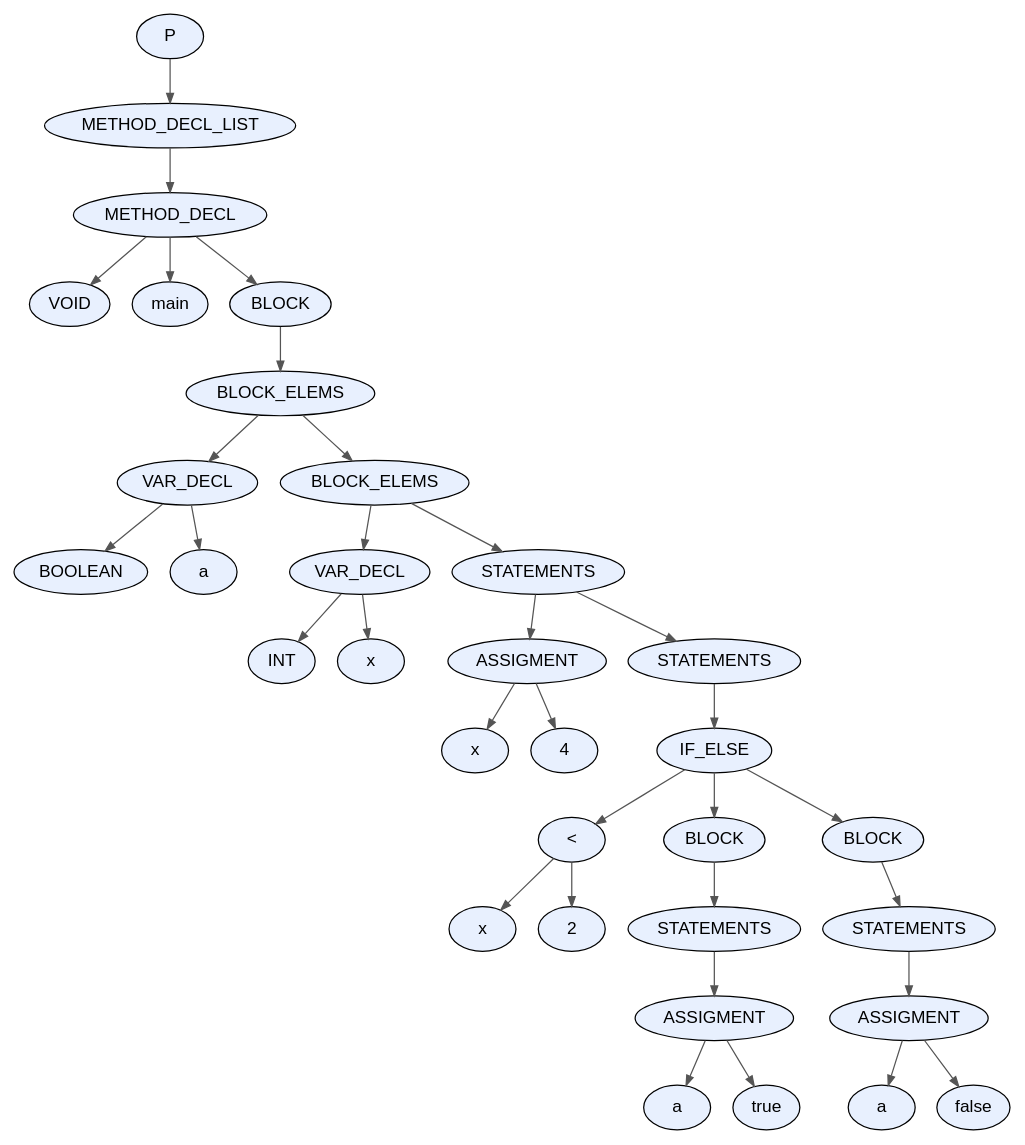
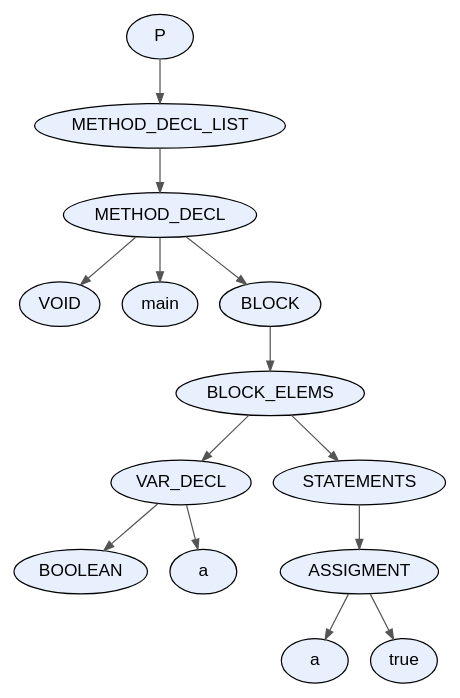
Before and after one commit to facundo-dario-loser/TDS2026: the diagram in proyecto/dot_files/test7.dot, drawn with Graphviz. The commit also changed 64 other files, not shown here.

```diff
--- a/proyecto/dot_files/test7.dot
+++ b/proyecto/dot_files/test7.dot
@@ -1,69 +1,31 @@
 digraph AST {
   node [fontname="Arial"];
   edge [arrowsize=0.8, color="#555555"];
-  "node_0x5952717984e0" [label="P", style=filled, fillcolor="#E8F0FE", shape=ellipse, style="rounded,filled"];
-  "node_0x5952717984e0" -> "node_0x595271798490";
-  "node_0x595271798490" [label="METHOD_DECL_LIST", style=filled, fillcolor="#E8F0FE", shape=ellipse, style="rounded,filled"];
-  "node_0x595271798490" -> "node_0x595271798440";
-  "node_0x595271798440" [label="METHOD_DECL", style=filled, fillcolor="#E8F0FE", shape=ellipse, style="rounded,filled"];
-  "node_0x595271798440" -> "node_0x595271798380";
-  "node_0x595271798380" [label="VOID", style=filled, fillcolor="#E8F0FE", shape=ellipse, style="rounded,filled"];
-  "node_0x595271798440" -> "node_0x5952717983d0";
-  "node_0x5952717983d0" [label="main", style=filled, fillcolor="#E8F0FE", shape=ellipse, style="rounded,filled"];
-  "node_0x595271798440" -> "node_0x595271798330";
-  "node_0x595271798330" [label="BLOCK", style=filled, fillcolor="#E8F0FE", shape=ellipse, style="rounded,filled"];
-  "node_0x595271798330" -> "node_0x5952717982e0";
-  "node_0x5952717982e0" [label="BLOCK_ELEMS", style=filled, fillcolor="#E8F0FE", shape=ellipse, style="rounded,filled"];
-  "node_0x5952717982e0" -> "node_0x595271797a20";
-  "node_0x595271797a20" [label="VAR_DECL", style=filled, fillcolor="#E8F0FE", shape=ellipse, style="rounded,filled"];
-  "node_0x595271797a20" -> "node_0x595271797940";
-  "node_0x595271797940" [label="BOOLEAN", style=filled, fillcolor="#E8F0FE", shape=ellipse, style="rounded,filled"];
-  "node_0x595271797a20" -> "node_0x5952717979b0";
-  "node_0x5952717979b0" [label="a", style=filled, fillcolor="#E8F0FE", shape=ellipse, style="rounded,filled"];
-  "node_0x5952717982e0" -> "node_0x595271798290";
-  "node_0x595271798290" [label="BLOCK_ELEMS", style=filled, fillcolor="#E8F0FE", shape=ellipse, style="rounded,filled"];
-  "node_0x595271798290" -> "node_0x595271797b50";
-  "node_0x595271797b50" [label="VAR_DECL", style=filled, fillcolor="#E8F0FE", shape=ellipse, style="rounded,filled"];
-  "node_0x595271797b50" -> "node_0x595271797a70";
-  "node_0x595271797a70" [label="INT", style=filled, fillcolor="#E8F0FE", shape=ellipse, style="rounded,filled"];
-  "node_0x595271797b50" -> "node_0x595271797ae0";
-  "node_0x595271797ae0" [label="x", style=filled, fillcolor="#E8F0FE", shape=ellipse, style="rounded,filled"];
-  "node_0x595271798290" -> "node_0x595271798240";
-  "node_0x595271798240" [label="STATEMENTS", style=filled, fillcolor="#E8F0FE", shape=ellipse, style="rounded,filled"];
-  "node_0x595271798240" -> "node_0x595271797c80";
-  "node_0x595271797c80" [label="ASSIGMENT", style=filled, fillcolor="#E8F0FE", shape=ellipse, style="rounded,filled"];
-  "node_0x595271797c80" -> "node_0x595271797c10";
-  "node_0x595271797c10" [label="x", style=filled, fillcolor="#E8F0FE", shape=ellipse, style="rounded,filled"];
-  "node_0x595271797c80" -> "node_0x595271797bc0";
-  "node_0x595271797bc0" [label="4", style=filled, fillcolor="#E8F0FE", shape=ellipse, style="rounded,filled"];
-  "node_0x595271798240" -> "node_0x5952717981f0";
-  "node_0x5952717981f0" [label="STATEMENTS", style=filled, fillcolor="#E8F0FE", shape=ellipse, style="rounded,filled"];
-  "node_0x5952717981f0" -> "node_0x5952717981a0";
-  "node_0x5952717981a0" [label="IF_ELSE", style=filled, fillcolor="#E8F0FE", shape=ellipse, style="rounded,filled"];
-  "node_0x5952717981a0" -> "node_0x595271797db0";
-  "node_0x595271797db0" [label="<", style=filled, fillcolor="#E8F0FE", shape=ellipse, style="rounded,filled"];
-  "node_0x595271797db0" -> "node_0x595271797cf0";
-  "node_0x595271797cf0" [label="x", style=filled, fillcolor="#E8F0FE", shape=ellipse, style="rounded,filled"];
-  "node_0x595271797db0" -> "node_0x595271797d60";
-  "node_0x595271797d60" [label="2", style=filled, fillcolor="#E8F0FE", shape=ellipse, style="rounded,filled"];
-  "node_0x5952717981a0" -> "node_0x595271797f80";
-  "node_0x595271797f80" [label="BLOCK", style=filled, fillcolor="#E8F0FE", shape=ellipse, style="rounded,filled"];
-  "node_0x595271797f80" -> "node_0x595271797f30";
-  "node_0x595271797f30" [label="STATEMENTS", style=filled, fillcolor="#E8F0FE", shape=ellipse, style="rounded,filled"];
-  "node_0x595271797f30" -> "node_0x595271797ee0";
-  "node_0x595271797ee0" [label="ASSIGMENT", style=filled, fillcolor="#E8F0FE", shape=ellipse, style="rounded,filled"];
-  "node_0x595271797ee0" -> "node_0x595271797e70";
-  "node_0x595271797e70" [label="a", style=filled, fillcolor="#E8F0FE", shape=ellipse, style="rounded,filled"];
-  "node_0x595271797ee0" -> "node_0x595271797e20";
-  "node_0x595271797e20" [label="true", style=filled, fillcolor="#E8F0FE", shape=ellipse, style="rounded,filled"];
-  "node_0x5952717981a0" -> "node_0x595271798150";
-  "node_0x595271798150" [label="BLOCK", style=filled, fillcolor="#E8F0FE", shape=ellipse, style="rounded,filled"];
-  "node_0x595271798150" -> "node_0x595271798100";
-  "node_0x595271798100" [label="STATEMENTS", style=filled, fillcolor="#E8F0FE", shape=ellipse, style="rounded,filled"];
-  "node_0x595271798100" -> "node_0x5952717980b0";
-  "node_0x5952717980b0" [label="ASSIGMENT", style=filled, fillcolor="#E8F0FE", shape=ellipse, style="rounded,filled"];
-  "node_0x5952717980b0" -> "node_0x595271798040";
-  "node_0x595271798040" [label="a", style=filled, fillcolor="#E8F0FE", shape=ellipse, style="rounded,filled"];
-  "node_0x5952717980b0" -> "node_0x595271797ff0";
-  "node_0x595271797ff0" [label="false", style=filled, fillcolor="#E8F0FE", shape=ellipse, style="rounded,filled"];
+  "node_0x561d776b0b40" [label="P", style=filled, fillcolor="#E8F0FE", shape=ellipse, style="rounded,filled"];
+  "node_0x561d776b0b40" -> "node_0x561d776b0af0";
+  "node_0x561d776b0af0" [label="METHOD_DECL_LIST", style=filled, fillcolor="#E8F0FE", shape=ellipse, style="rounded,filled"];
+  "node_0x561d776b0af0" -> "node_0x561d776b0aa0";
+  "node_0x561d776b0aa0" [label="METHOD_DECL", style=filled, fillcolor="#E8F0FE", shape=ellipse, style="rounded,filled"];
+  "node_0x561d776b0aa0" -> "node_0x561d776b09e0";
+  "node_0x561d776b09e0" [label="VOID", style=filled, fillcolor="#E8F0FE", shape=ellipse, style="rounded,filled"];
+  "node_0x561d776b0aa0" -> "node_0x561d776b0a30";
+  "node_0x561d776b0a30" [label="main", style=filled, fillcolor="#E8F0FE", shape=ellipse, style="rounded,filled"];
+  "node_0x561d776b0aa0" -> "node_0x561d776b0990";
+  "node_0x561d776b0990" [label="BLOCK", style=filled, fillcolor="#E8F0FE", shape=ellipse, style="rounded,filled"];
+  "node_0x561d776b0990" -> "node_0x561d776b0940";
+  "node_0x561d776b0940" [label="BLOCK_ELEMS", style=filled, fillcolor="#E8F0FE", shape=ellipse, style="rounded,filled"];
+  "node_0x561d776b0940" -> "node_0x561d776b0630";
+  "node_0x561d776b0630" [label="VAR_DECL", style=filled, fillcolor="#E8F0FE", shape=ellipse, style="rounded,filled"];
+  "node_0x561d776b0630" -> "node_0x561d776b0550";
+  "node_0x561d776b0550" [label="BOOLEAN", style=filled, fillcolor="#E8F0FE", shape=ellipse, style="rounded,filled"];
+  "node_0x561d776b0630" -> "node_0x561d776b05c0";
+  "node_0x561d776b05c0" [label="a", style=filled, fillcolor="#E8F0FE", shape=ellipse, style="rounded,filled"];
+  "node_0x561d776b0940" -> "node_0x561d776b08f0";
+  "node_0x561d776b08f0" [label="STATEMENTS", style=filled, fillcolor="#E8F0FE", shape=ellipse, style="rounded,filled"];
+  "node_0x561d776b08f0" -> "node_0x561d776b08a0";
+  "node_0x561d776b08a0" [label="ASSIGMENT", style=filled, fillcolor="#E8F0FE", shape=ellipse, style="rounded,filled"];
+  "node_0x561d776b08a0" -> "node_0x561d776b0830";
+  "node_0x561d776b0830" [label="a", style=filled, fillcolor="#E8F0FE", shape=ellipse, style="rounded,filled"];
+  "node_0x561d776b08a0" -> "node_0x561d776b06f0";
+  "node_0x561d776b06f0" [label="true", style=filled, fillcolor="#E8F0FE", shape=ellipse, style="rounded,filled"];
 }
```
